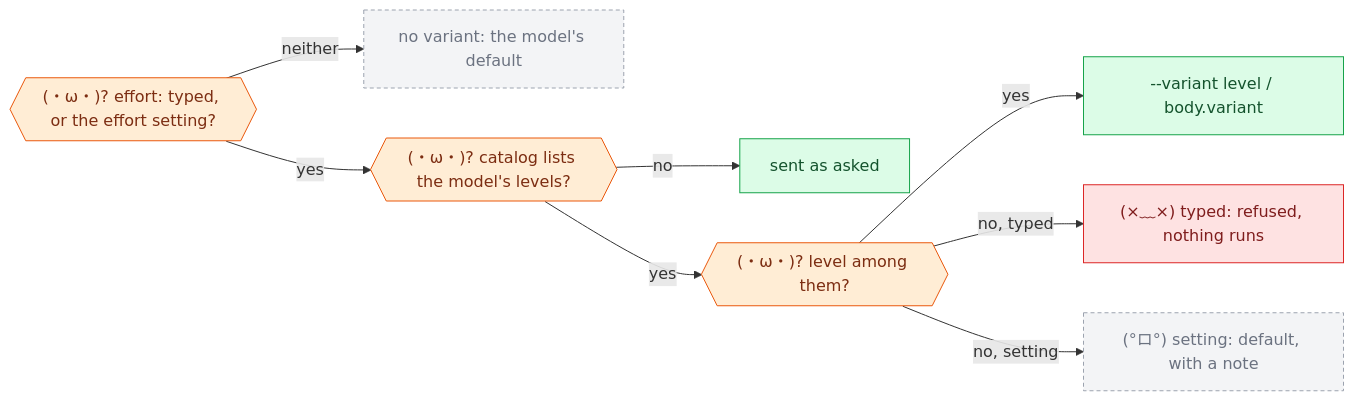
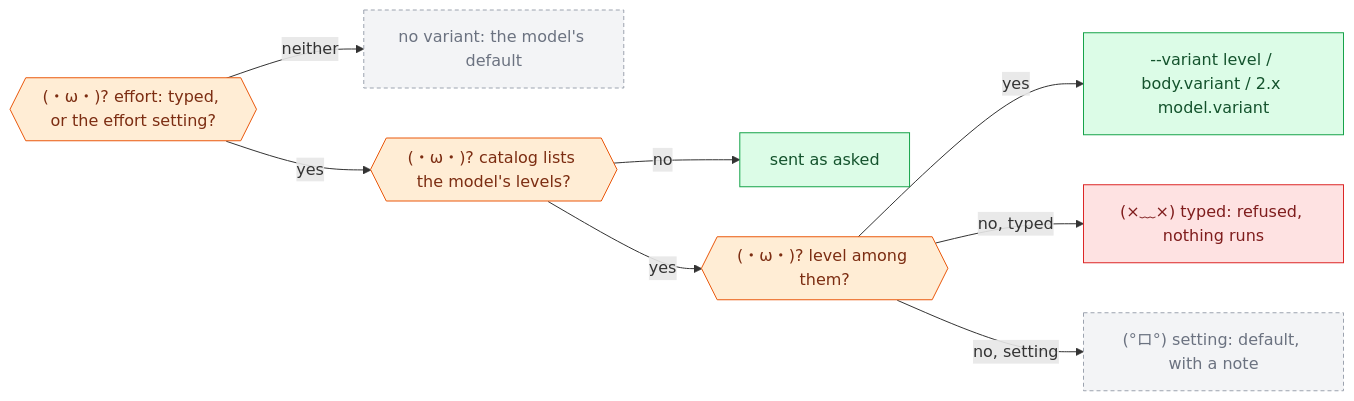
One commit to Artsrun/oc-copilot changed the third of 4 diagrams in docs/flow/07-lanes-chips-effort.md. Above: the diagram before and after it, drawn with Mermaid. The commit also changed other lines of this file and 18 other files, not shown here.

First line of the commit message:
Docs: flow pages, README, AGENTS and notes brought up to 0.0.236

````diff
--- a/docs/flow/07-lanes-chips-effort.md
+++ b/docs/flow/07-lanes-chips-effort.md
@@ -87,24 +102,24 @@
 ```mermaid
 flowchart LR
   classDef bridge fill:#ffedd5,stroke:#ea580c,color:#7c2d12
   classDef oc fill:#dcfce7,stroke:#16a34a,color:#14532d
   classDef stop fill:#fee2e2,stroke:#dc2626,color:#7f1d1d
   classDef off fill:#f3f4f6,stroke:#9ca3af,color:#6b7280,stroke-dasharray: 4 3
 
   A{{"(・ω・)? effort: typed, or the effort setting?"}}:::bridge
   N["no variant: the model's default"]:::off
   C{{"(・ω・)? catalog lists the model's levels?"}}:::bridge
   P["sent as asked"]:::oc
   H{{"(・ω・)? level among them?"}}:::bridge
-  S["--variant level / body.variant"]:::oc
+  S["--variant level / body.variant / 2.x model.variant"]:::oc
   R["(×﹏×) typed: refused, nothing runs"]:::stop
   D["(°ロ°) setting: default, with a note"]:::off
 
   A -->|neither| N
   A -->|yes| C
   C -->|no| P
   C -->|yes| H
   H -->|yes| S
   H -->|no, typed| R
   H -->|no, setting| D
 ```
````
